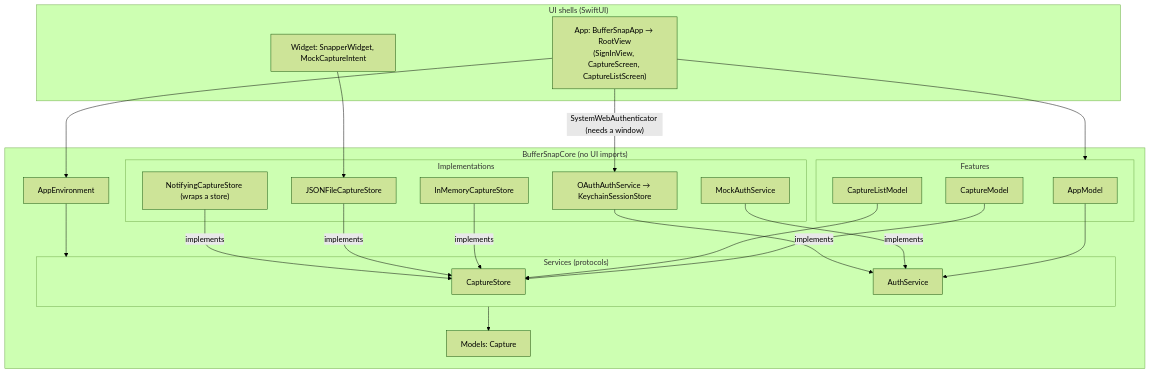
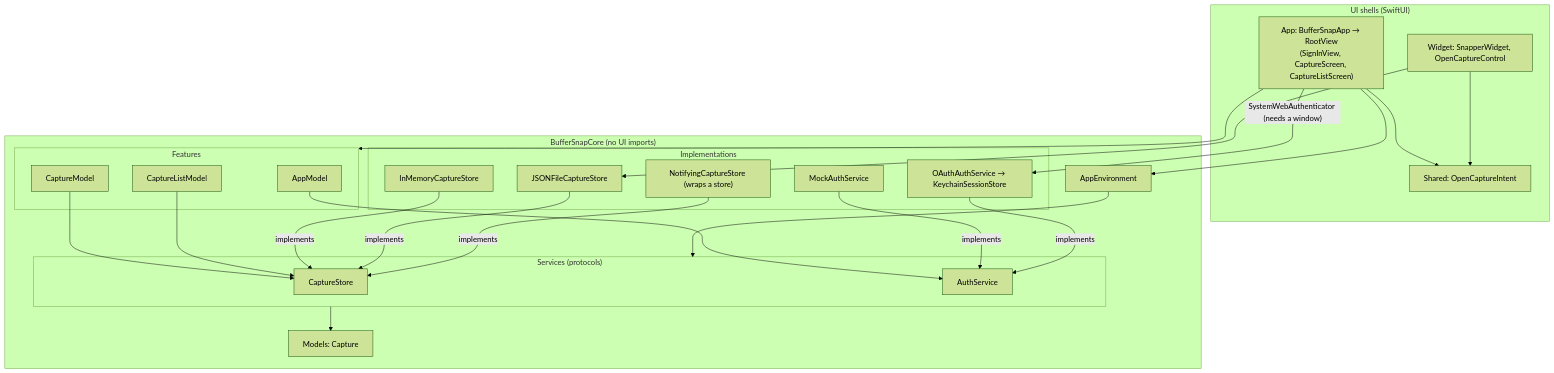
One commit to southp/buffer-snap changed the first of 4 diagrams in docs/architecture.md. Above: the diagram before and after it, drawn with Mermaid (forest theme). The commit also changed other lines of this file and 1 other file, not shown here.

First line of the commit message:
Docs: Describe the control and widgets that open the capture screen

````diff
--- a/docs/architecture.md
+++ b/docs/architecture.md
@@ -28,43 +30,46 @@
 ```mermaid
 flowchart TD
     subgraph shells["UI shells (SwiftUI)"]
         App["App: BufferSnapApp → RootView<br/>(SignInView, CaptureScreen, CaptureListScreen)"]
-        Widget["Widget: SnapperWidget, MockCaptureIntent"]
+        Widget["Widget: SnapperWidget, OpenCaptureControl"]
+        Intent["Shared: OpenCaptureIntent"]
     end
 
     subgraph core["BufferSnapCore (no UI imports)"]
         Env["AppEnvironment"]
         subgraph features["Features"]
             AppModel["AppModel"]
             CaptureModel["CaptureModel"]
             CaptureListModel["CaptureListModel"]
         end
         subgraph services["Services (protocols)"]
             CaptureStore["CaptureStore"]
             AuthService["AuthService"]
         end
         subgraph impls["Implementations"]
             InMemory["InMemoryCaptureStore"]
             MockAuth["MockAuthService"]
             FileStore["JSONFileCaptureStore"]
             Notifying["NotifyingCaptureStore (wraps a store)"]
             OAuth["OAuthAuthService → KeychainSessionStore"]
         end
         Capture["Models: Capture"]
     end
 
     App --> Env
     App --> features
+    App --> Intent
+    Widget --> Intent
     Widget --> FileStore
     Env --> services
     AppModel --> AuthService
     CaptureModel --> CaptureStore
     CaptureListModel --> CaptureStore
     InMemory -->|implements| CaptureStore
     FileStore -->|implements| CaptureStore
     Notifying -->|implements| CaptureStore
     MockAuth -->|implements| AuthService
     OAuth -->|implements| AuthService
     App -->|"SystemWebAuthenticator (needs a window)"| OAuth
     services --> Capture
 ```
````
